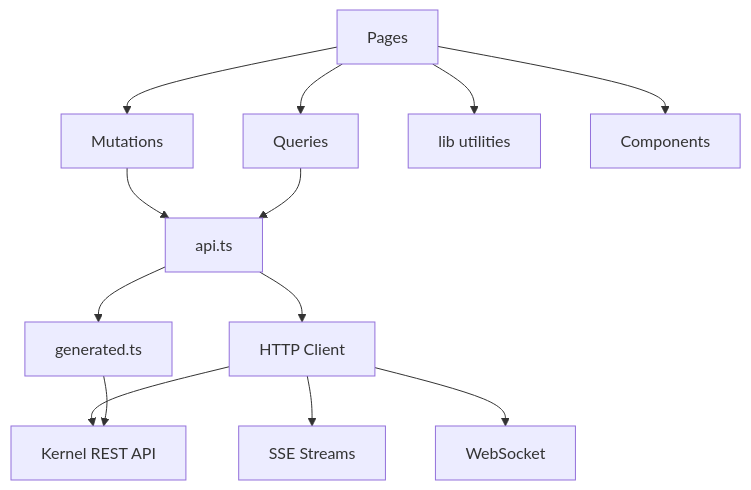
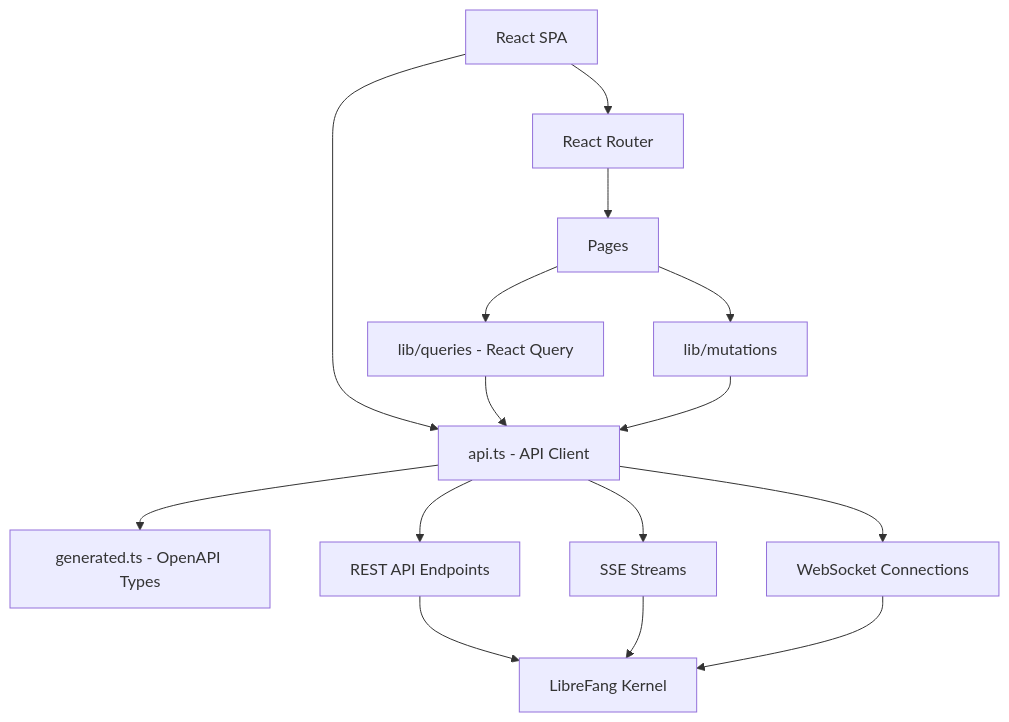
Before and after one commit to leszek3737/librefang-WIki: the diagram in dashboard-ui.md, drawn with Mermaid. The commit also changed other lines of this file and 110 other files, not shown here.

````diff
--- a/dashboard-ui.md
+++ b/dashboard-ui.md
@@ -11,15 +9,17 @@
 ```mermaid
 graph TD
-    A[Pages] --> B[Mutations]
-    A --> C[Queries]
-    B --> D[api.ts]
-    C --> D
-    D --> E[HTTP Client]
-    E --> F[Kernel REST API]
-    E --> G[SSE Streams]
-    E --> H[WebSocket]
-    D --> I[generated.ts]
-    I --> F
-    A --> J[lib utilities]
-    A --> K[Components]
+    A[React SPA] --> B[api.ts - API Client]
+    B --> C[generated.ts - OpenAPI Types]
+    B --> D[REST API Endpoints]
+    B --> E[SSE Streams]
+    B --> F[WebSocket Connections]
+    D --> G[LibreFang Kernel]
+    E --> G
+    F --> G
+    A --> H[React Router]
+    H --> I[Pages]
+    I --> J[lib/queries - React Query]
+    I --> K[lib/mutations]
+    J --> B
+    K --> B
 ```
````
